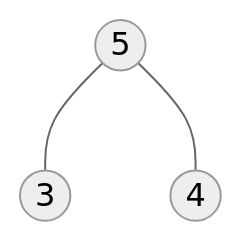
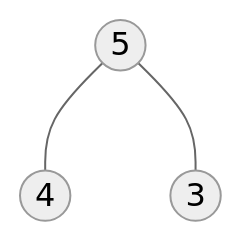
One commit to brk-a/DSA changed diagram 26 of 29 in 0x09-dsa/7-heaps_and_heapsort.md. Above: the diagram before and after it, drawn with Mermaid (neutral theme). The commit also changed other lines of this file, not shown here.

````diff
--- a/0x09-dsa/7-heaps_and_heapsort.md
+++ b/0x09-dsa/7-heaps_and_heapsort.md
@@ -853,5 +854,5 @@
             ```mermaid
                 graph TD
-                    A((5)) --- B((3))
-                    A --- C((4))
+                    A((5)) --- B((4))
+                    A --- C((3))
             ```
````
